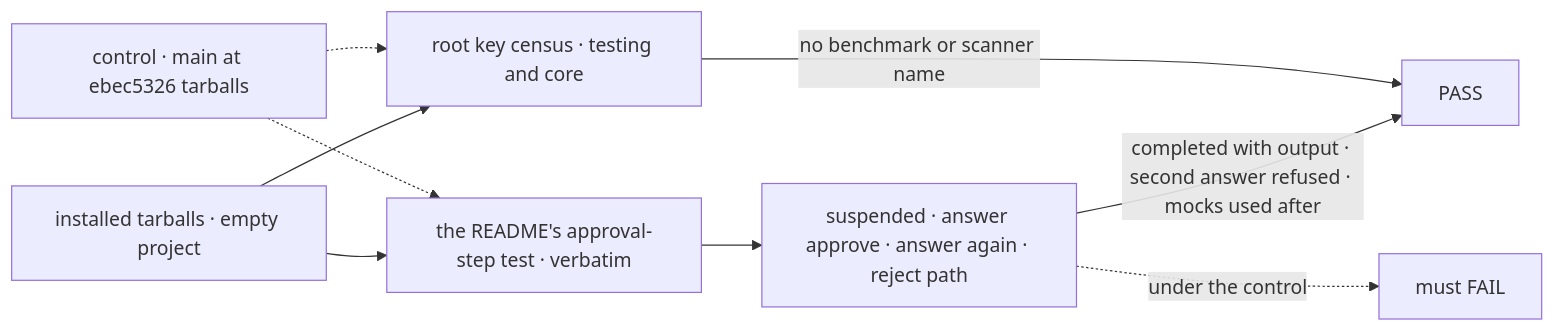
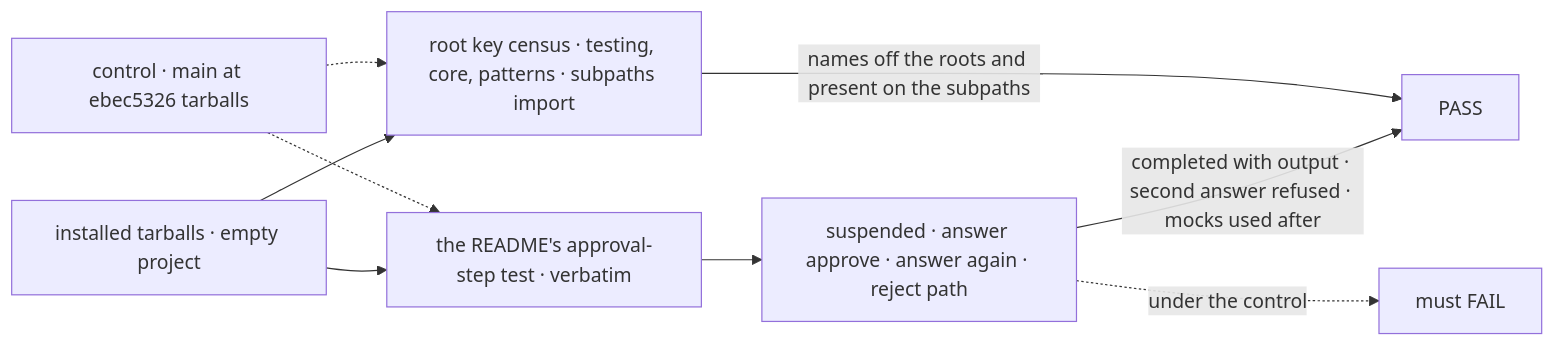
One commit to fixpoint-labs/flow-state-dev changed the first of 2 diagrams in specs/issues/FIX-2460/SPEC.md. Above: the diagram before and after it, drawn with Mermaid. The commit also changed other lines of this file and 2 other files, not shown here.

````diff
--- a/specs/issues/FIX-2460/SPEC.md
+++ b/specs/issues/FIX-2460/SPEC.md
@@ -34,11 +34,11 @@
 ```mermaid
 flowchart LR
   I["installed tarballs · empty project"] --> R["the README's approval-step test · verbatim"]
   R --> S["suspended · answer approve · answer again · reject path"]
-  I --> E["root key census · testing and core"]
+  I --> E["root key census · testing, core, patterns · subpaths import"]
   S -->|"completed with output · second answer refused · mocks used after"| P["PASS"]
-  E -->|"no benchmark or scanner name"| P
+  E -->|"names off the roots and present on the subpaths"| P
   C["control · main at ebec5326 tarballs"] -.-> R
   C -.-> E
   S -.->|"under the control"| F["must FAIL"]
 ```
````
